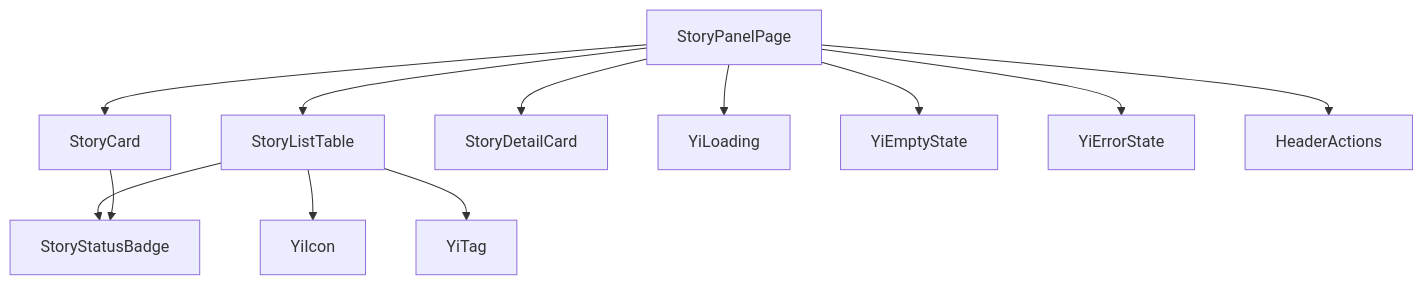
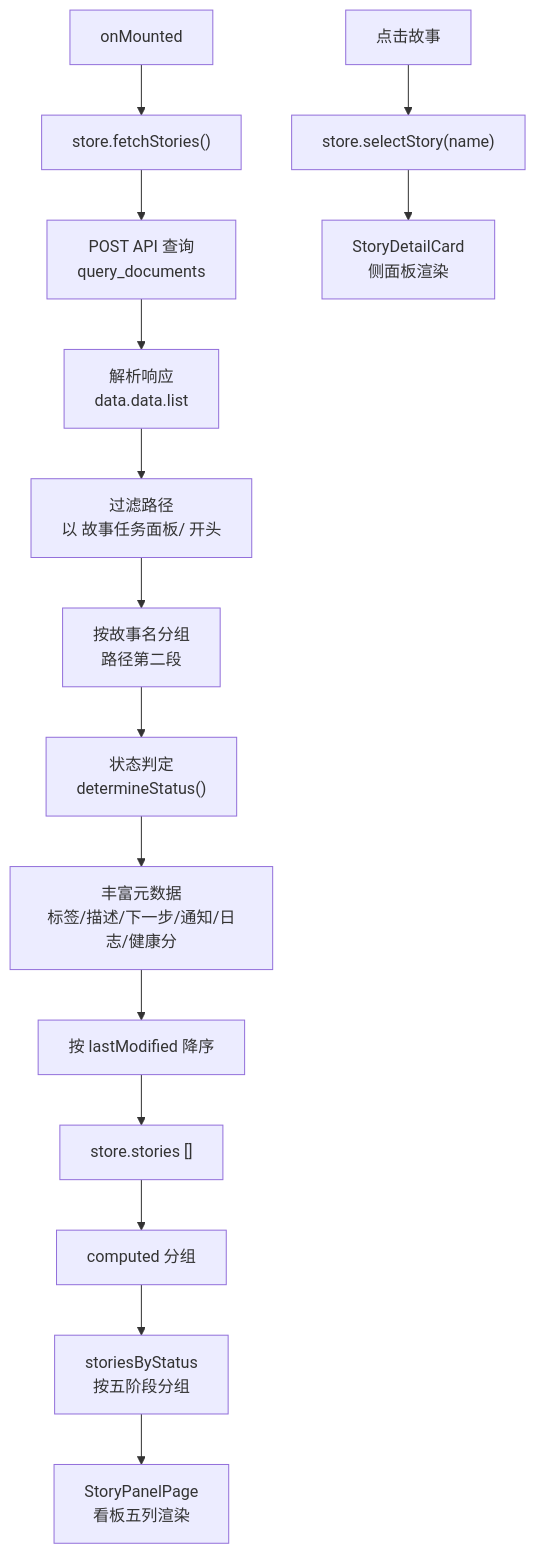
One commit to effiy/YiWeb changed the first of 6 diagrams in docs/故事任务面板/story/技术评审.md. Above: the diagram before and after it, drawn with Mermaid. The commit also changed other lines of this file and 28 other files, not shown here.

First line of the commit message:
feat: rewrite story page with file-tree data pipeline and inline stats bar

````diff
--- a/docs/故事任务面板/story/技术评审.md
+++ b/docs/故事任务面板/story/技术评审.md
@@ -19,14 +148,18 @@
 ```mermaid
 flowchart TD
-    PAGE["StoryPanelPage"] --> TABLE["StoryListTable"]
-    PAGE --> CARD["StoryCard"]
-    PAGE --> DETAIL["StoryDetailCard"]
-    TABLE --> BADGE["StoryStatusBadge"]
-    CARD --> BADGE
-    TABLE --> ICON["YiIcon"]
-    TABLE --> TAG["YiTag"]
-    PAGE --> LOADING["YiLoading"]
-    PAGE --> EMPTY["YiEmptyState"]
-    PAGE --> ERROR["YiErrorState"]
-    PAGE --> ACTIONS["HeaderActions"]
+    MOUNT["onMounted"] --> FETCH["store.fetchStories()"]
+    FETCH --> API["POST API 查询<br/>query_documents"]
+    API --> PARSE["解析响应<br/>data.data.list"]
+    PARSE --> FILTER["过滤路径<br/>以 故事任务面板/ 开头"]
+    FILTER --> GROUP["按故事名分组<br/>路径第二段"]
+    GROUP --> DETERMINE["状态判定<br/>determineStatus()"]
+    DETERMINE --> ENRICH["丰富元数据<br/>标签/描述/下一步/通知/日志/健康分"]
+    ENRICH --> SORT["按 lastModified 降序"]
+    SORT --> STATE["store.stories []"]
+    STATE --> COMPUTED["computed 分组"]
+    COMPUTED --> KANBAN["storiesByStatus<br/>按五阶段分组"]
+    KANBAN --> RENDER["StoryPanelPage<br/>看板五列渲染"]
+    
+    CLICK["点击故事"] --> SELECT["store.selectStory(name)"]
+    SELECT --> DETAIL["StoryDetailCard<br/>侧面板渲染"]
 ```
````
